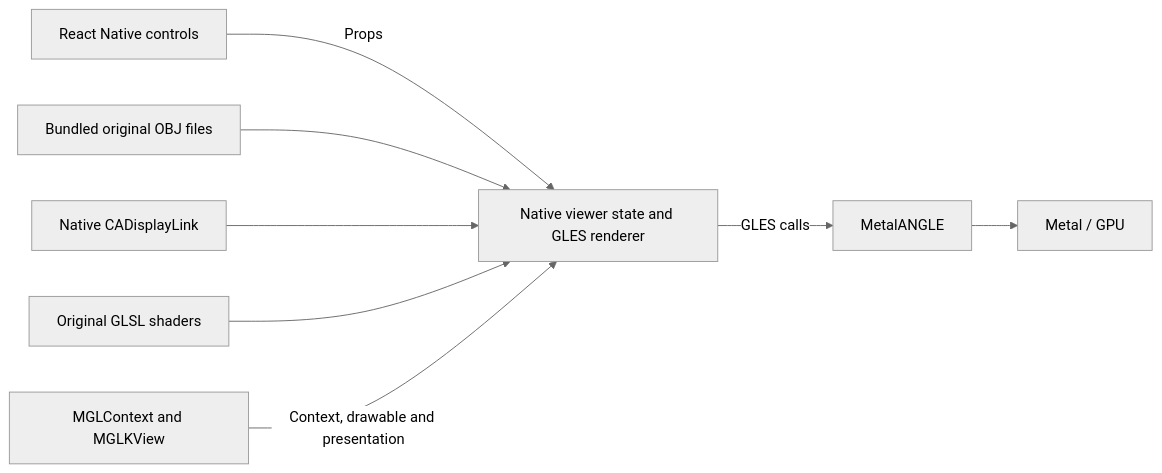
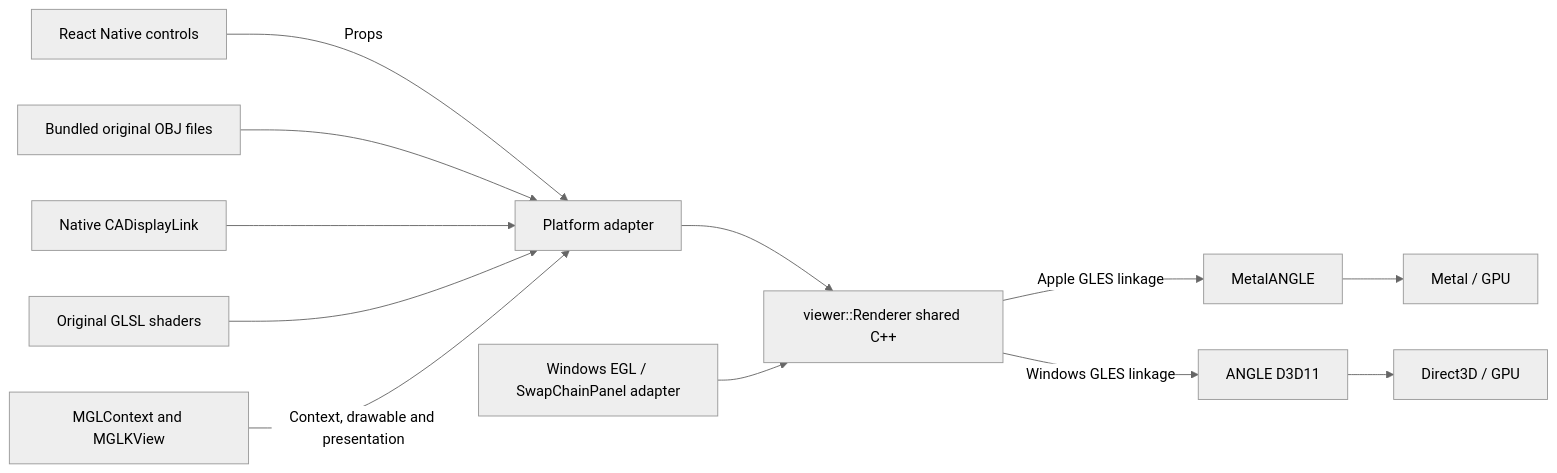
The diagram in docs/ARCHITECTURE.md (SainaS3/play-react-native-opengl), drawn with Mermaid (neutral theme) before and after one commit. The commit also changed other lines of this file and 9 other files, not shown here.

Commit message:
feat: Update renderer to request OpenGL ES 2 across all platforms and implement shared C++ renderer

````diff
--- a/docs/ARCHITECTURE.md
+++ b/docs/ARCHITECTURE.md
@@ -24,10 +24,14 @@
 ```mermaid
 flowchart LR
-  UI[React Native controls] -->|Props| Native[Native viewer state and GLES renderer]
+  UI[React Native controls] -->|Props| Native[Platform adapter]
   OBJ[Bundled original OBJ files] --> Native
   Link[Native CADisplayLink] --> Native
   Shaders[Original GLSL shaders] --> Native
-  Native -->|GLES calls| ANGLE[MetalANGLE]
+  Native --> Shared[viewer::Renderer shared C++]
+  Windows[Windows EGL / SwapChainPanel adapter] --> Shared
+  Shared -->|Apple GLES linkage| ANGLE[MetalANGLE]
+  Shared -->|Windows GLES linkage| D3D[ANGLE D3D11]
   ANGLE --> Metal[Metal / GPU]
+  D3D --> GPU[Direct3D / GPU]
   Surface[MGLContext and MGLKView] -->|Context, drawable and presentation| Native
 ```
````
